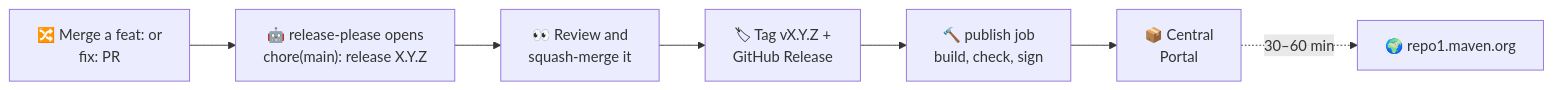
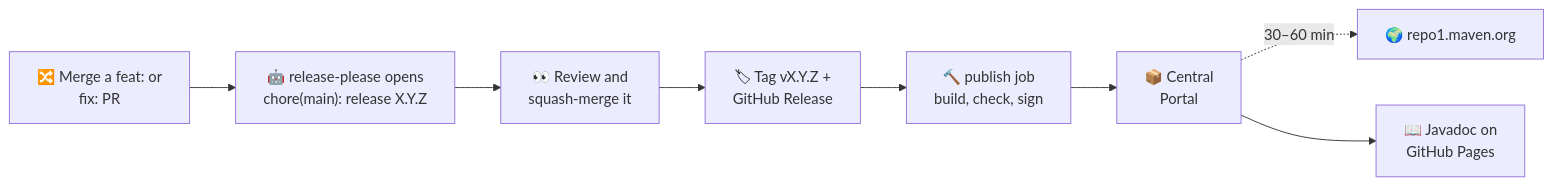
The diagram in RELEASING.md (brantunger/unruly-engine), drawn with Mermaid before and after one commit. The commit also changed other lines of this file and 4 other files, not shown here.

Commit message:
ci: publish the Javadoc to GitHub Pages on each release (#173)

````diff
--- a/RELEASING.md
+++ b/RELEASING.md
@@ -18,9 +19,10 @@
 ```mermaid
 flowchart LR
     A["🔀 Merge a feat: or<br/>fix: PR"] --> B["🤖 release-please opens<br/>chore(main): release X.Y.Z"]
     B --> C["👀 Review and<br/>squash-merge it"]
     C --> D["🏷 Tag vX.Y.Z +<br/>GitHub Release"]
     D --> E["🔨 publish job<br/>build, check, sign"]
     E --> F["📦 Central<br/>Portal"]
     F -. "30–60 min" .-> G["🌍 repo1.maven.org"]
+    F --> H["📖 Javadoc on<br/>GitHub Pages"]
 ```
````
